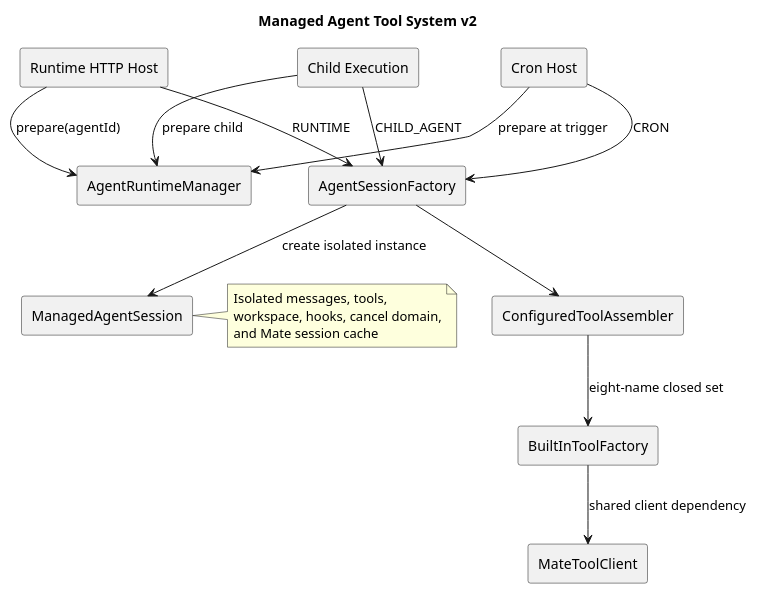
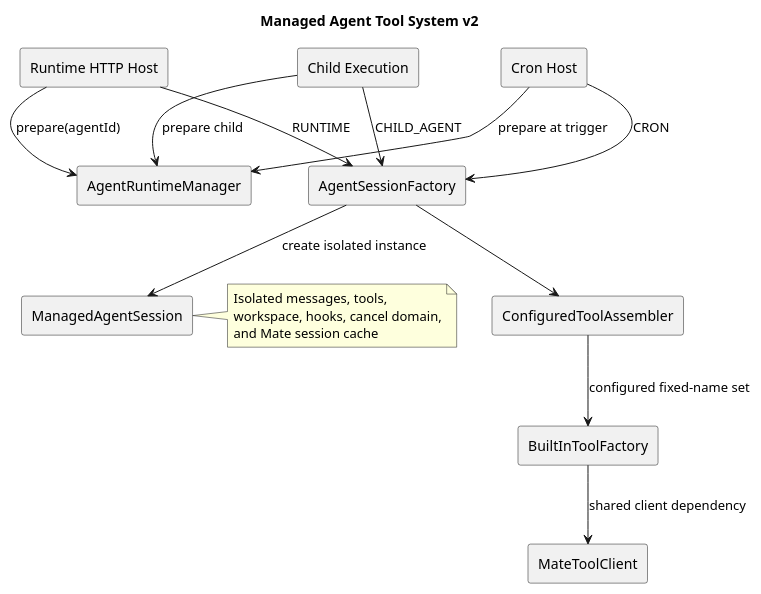
Before and after one commit to 2862282695gjh-afk/pi-mono-java: the first of 4 diagrams in docs/designs/tool-system-v2/diagram.puml, drawn with PlantUML. The commit also changed 6 other files, not shown here.

```diff
--- a/docs/designs/tool-system-v2/diagram.puml
+++ b/docs/designs/tool-system-v2/diagram.puml
@@ -1,38 +1,38 @@
 @startuml tool_system_architecture
 ' Pre-change baseline: CampusClaw merge base d649866a6cae967ace18ceaeb9597edd47e5721e.
 ' Reviewed implementation baseline: CampusClaw PR commit bf28e72f94f29acd316eb872a250893ed54e3632.
 ' Source evidence: modules/coding-agent-cli/src/main/java/com/campusclaw/codingagent/session/AgentSessionFactory.java, create
 ' Source evidence: modules/coding-agent-cli/src/main/java/com/campusclaw/codingagent/tool/builtin/DefaultConfiguredToolAssembler.java, assemble
 ' Architecture change: the source-evidence types did not exist at the pre-change baseline.
 ' Observed at reviewed baseline: one session factory serves Runtime, Cron, and Child entry points.
 ' Design reason: host lifecycle stays outside the shared session while tool semantics remain identical.
 skinparam componentStyle rectangle
 skinparam shadowing false
 title Managed Agent Tool System v2
 
 component "Runtime HTTP Host" as Runtime
 component "Cron Host" as Cron
 component "Child Execution" as Child
 component "AgentSessionFactory" as Factory
 component "ManagedAgentSession" as Session
 component "ConfiguredToolAssembler" as Assembler
 component "BuiltInToolFactory" as ToolFactory
 component "AgentRuntimeManager" as RuntimeManager
 component "MateToolClient" as Mate
 
 Runtime --> RuntimeManager : prepare(agentId)
 Cron --> RuntimeManager : prepare at trigger
 Child --> RuntimeManager : prepare child
 Runtime --> Factory : RUNTIME
 Cron --> Factory : CRON
 Child --> Factory : CHILD_AGENT
 Factory --> Session : create isolated instance
 Factory --> Assembler
-Assembler --> ToolFactory : eight-name closed set
+Assembler --> ToolFactory : configured fixed-name set
 ToolFactory --> Mate : shared client dependency
 note right of Session
   Isolated messages, tools,
   workspace, hooks, cancel domain,
   and Mate session cache
 end note
 @enduml
```
